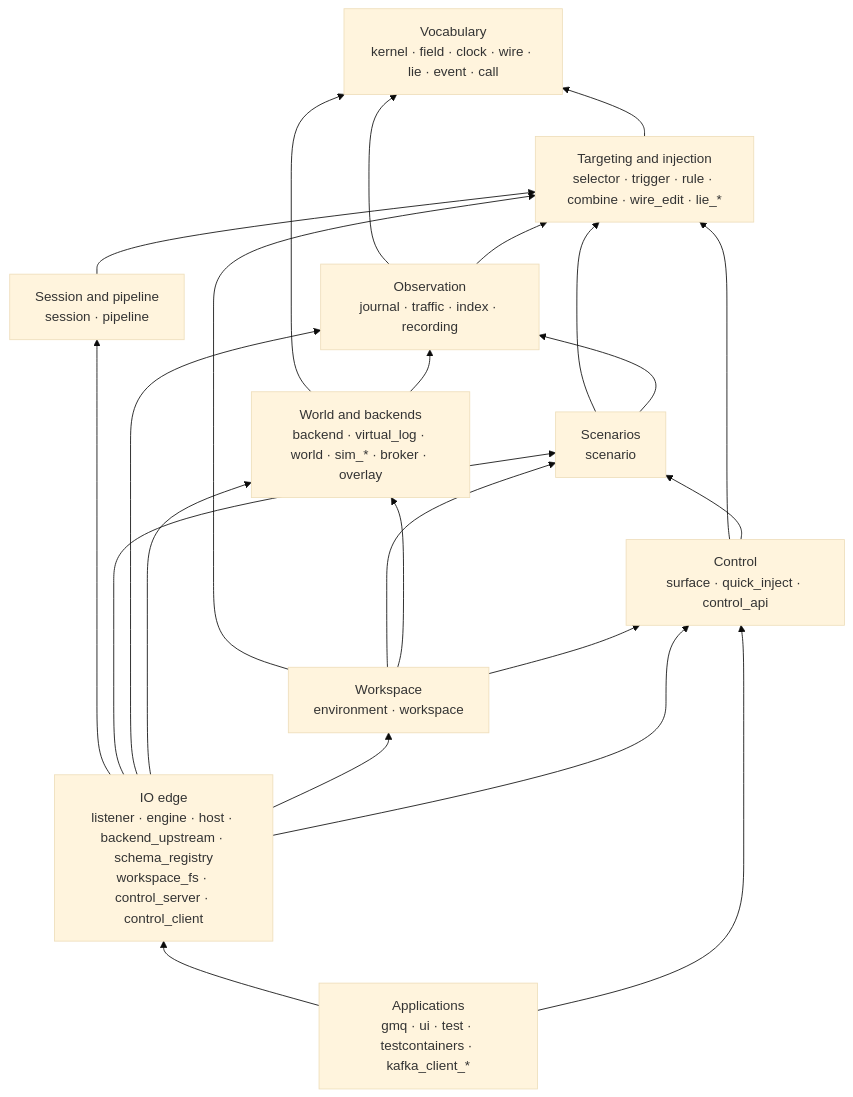
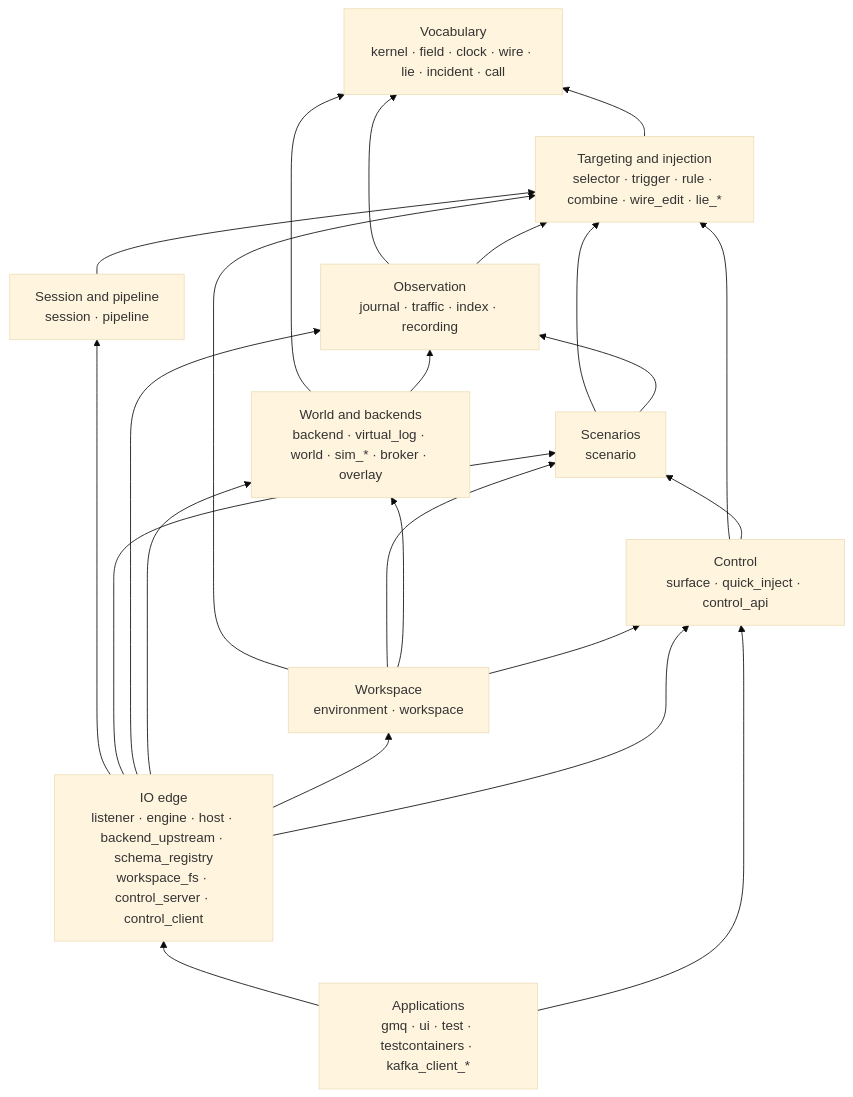
Before and after one commit to cruxy-eu/gaslightmq: the diagram in docs/specs/architecture/crates.md, drawn with Mermaid (base theme). The commit also changed other lines of this file and 40 other files, not shown here.

First line of the commit message:
refactor: rename event to incident (#14)

````diff
--- a/docs/specs/architecture/crates.md
+++ b/docs/specs/architecture/crates.md
@@ -50,36 +50,36 @@
 ```mermaid
 flowchart BT
-  V["Vocabulary<br/>kernel · field · clock · wire · lie · event · call"]
+  V["Vocabulary<br/>kernel · field · clock · wire · lie · incident · call"]
   T["Targeting and injection<br/>selector · trigger · rule · combine · wire_edit · lie_*"]
   P["Session and pipeline<br/>session · pipeline"]
   S["Scenarios<br/>scenario"]
   O["Observation<br/>journal · traffic · index · recording"]
   W["World and backends<br/>backend · virtual_log · world · sim_* · broker · overlay"]
   F["Workspace<br/>environment · workspace"]
   C["Control<br/>surface · quick_inject · control_api"]
   IO["IO edge<br/>listener · engine · host · backend_upstream · schema_registry<br/>workspace_fs · control_server · control_client"]
   A["Applications<br/>gmq · ui · test · testcontainers · kafka_client_*"]
 
   T --> V
   P --> T
   S --> T
   S --> O
   O --> V
   O --> T
   W --> V
   W --> O
   F --> T
   F --> S
   F --> W
   F --> C
   C --> T
   C --> S
   IO --> P
   IO --> S
   IO --> O
   IO --> W
   IO --> F
   IO --> C
   A --> IO
   A --> C
 ```
````
